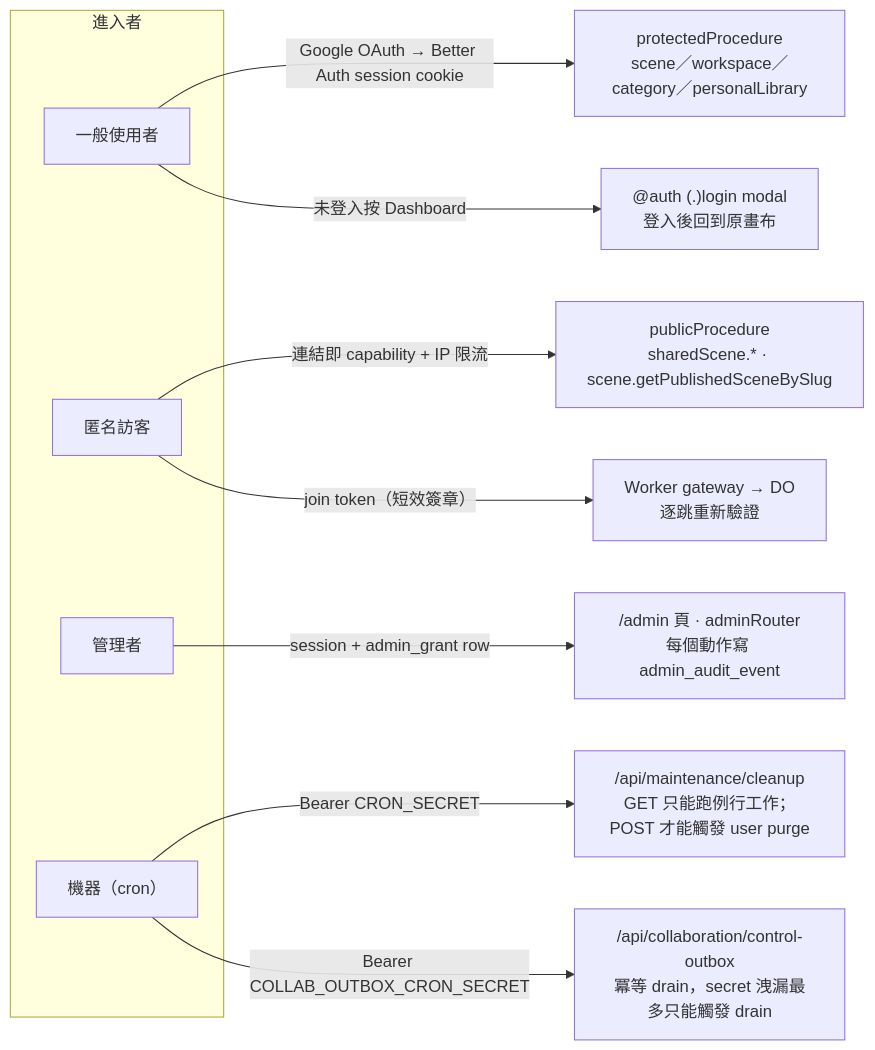
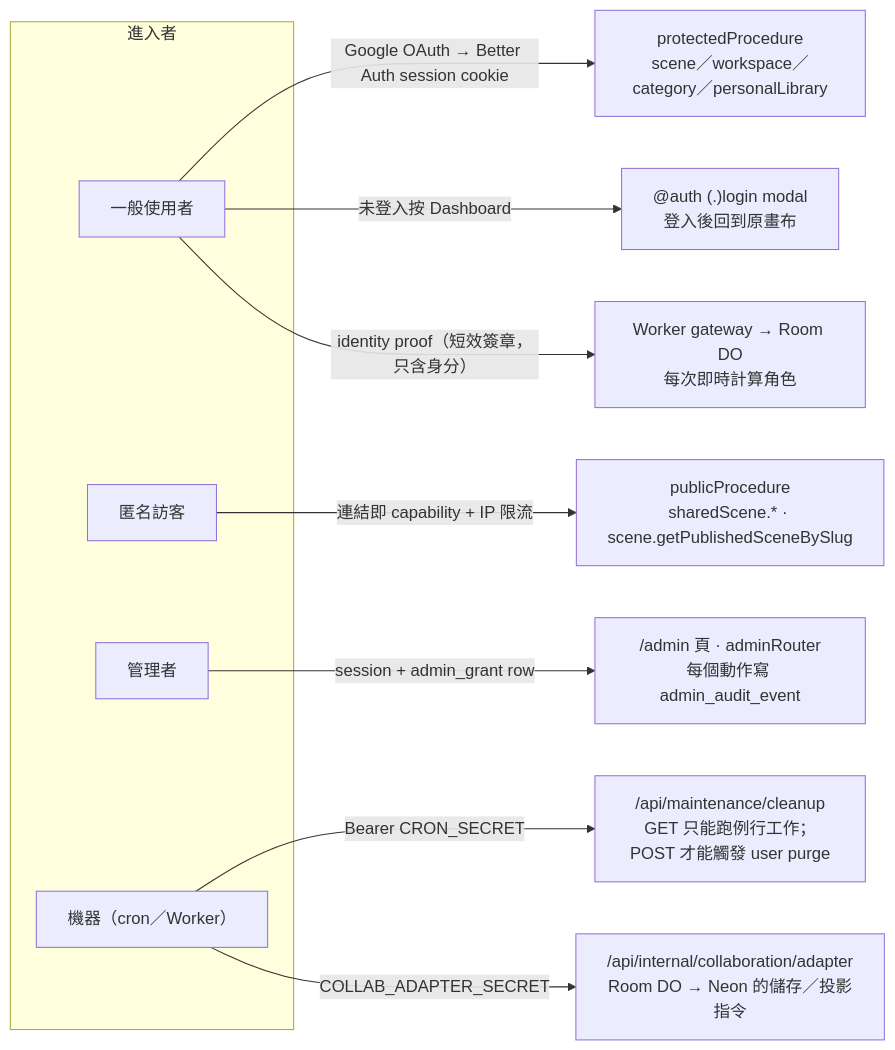
One commit to EricTsai83/drawstuff changed the seventh of 8 diagrams in docs/architecture/pages-and-scenarios.md. Above: the diagram before and after it, drawn with Mermaid. The commit also changed other lines of this file and 48 other files, not shown here.

````diff
--- a/docs/architecture/pages-and-scenarios.md
+++ b/docs/architecture/pages-and-scenarios.md
@@ -275,17 +271,17 @@
 ```mermaid
 flowchart LR
     subgraph Actors["進入者"]
         U["一般使用者"]
         AN["匿名訪客"]
         ADMIN["管理者"]
-        MACH["機器（cron）"]
+        MACH["機器（cron／Worker）"]
     end
 
     U -->|"Google OAuth → Better Auth session cookie"| PROT["protectedProcedure<br/>scene／workspace／category／personalLibrary"]
     U -->|"未登入按 Dashboard"| LOGINM["@auth (.)login modal<br/>登入後回到原畫布"]
     AN -->|"連結即 capability + IP 限流"| PUB["publicProcedure<br/>sharedScene.* · scene.getPublishedSceneBySlug"]
-    AN -->|"join token（短效簽章）"| DOJ["Worker gateway → DO<br/>逐跳重新驗證"]
+    U -->|"identity proof（短效簽章，只含身分）"| DOJ["Worker gateway → Room DO<br/>每次即時計算角色"]
     ADMIN -->|"session + admin_grant row"| ADM["/admin 頁 · adminRouter<br/>每個動作寫 admin_audit_event"]
     MACH -->|"Bearer CRON_SECRET"| M1["/api/maintenance/cleanup<br/>GET 只能跑例行工作；POST 才能觸發 user purge"]
-    MACH -->|"Bearer COLLAB_OUTBOX_CRON_SECRET"| M2["/api/collaboration/control-outbox<br/>冪等 drain，secret 洩漏最多只能觸發 drain"]
+    MACH -->|"COLLAB_ADAPTER_SECRET"| M2["/api/internal/collaboration/adapter<br/>Room DO → Neon 的儲存／投影指令"]
 ```
````
